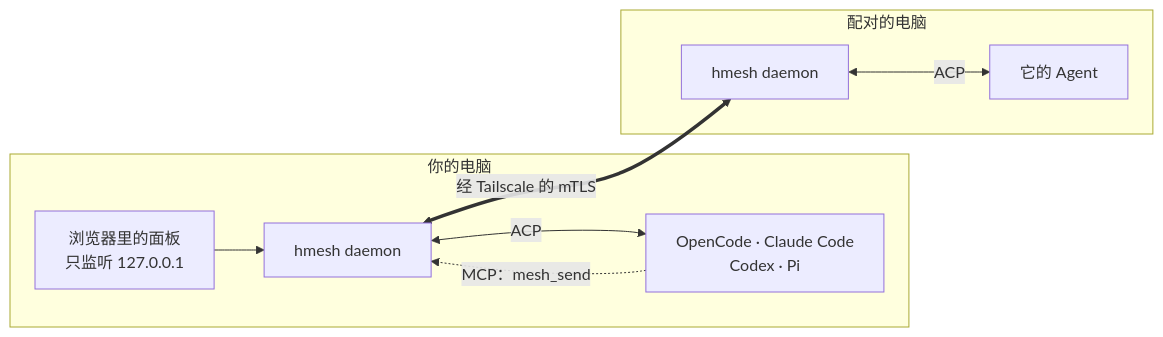
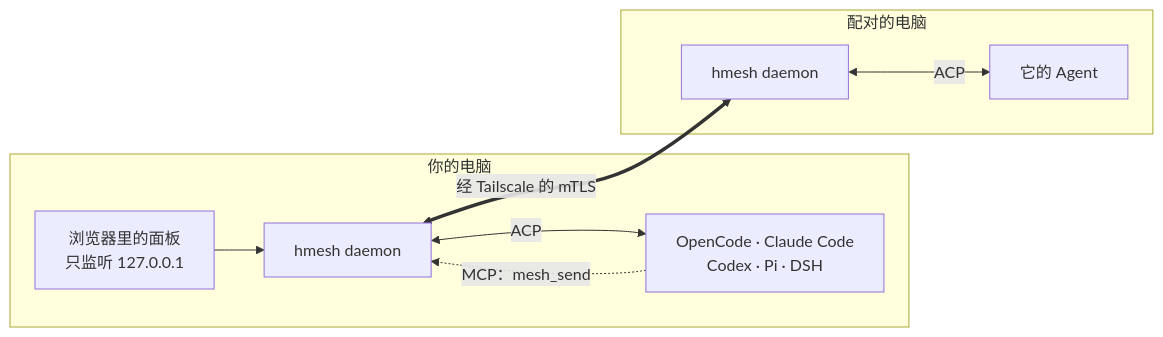
The diagram in README_CN.md (jackie-cqz/HarnessMesh), drawn with Mermaid before and after one commit. The commit also changed other lines of this file and 45 other files, not shown here.

````diff
--- a/README_CN.md
+++ b/README_CN.md
@@ -42,12 +42,12 @@
 ```mermaid
 flowchart LR
   subgraph A["你的电脑"]
     panel["浏览器里的面板<br/>只监听 127.0.0.1"] --> d1["hmesh daemon"]
-    d1 <-->|ACP| a1["OpenCode · Claude Code<br/>Codex · Pi"]
+    d1 <-->|ACP| a1["OpenCode · Claude Code<br/>Codex · Pi · DSH"]
     a1 -.->|"MCP：mesh_send"| d1
   end
   subgraph B["配对的电脑"]
     d2["hmesh daemon"] <-->|ACP| a2["它的 Agent"]
   end
   d1 <==>|"经 Tailscale 的 mTLS"| d2
 ```
````
